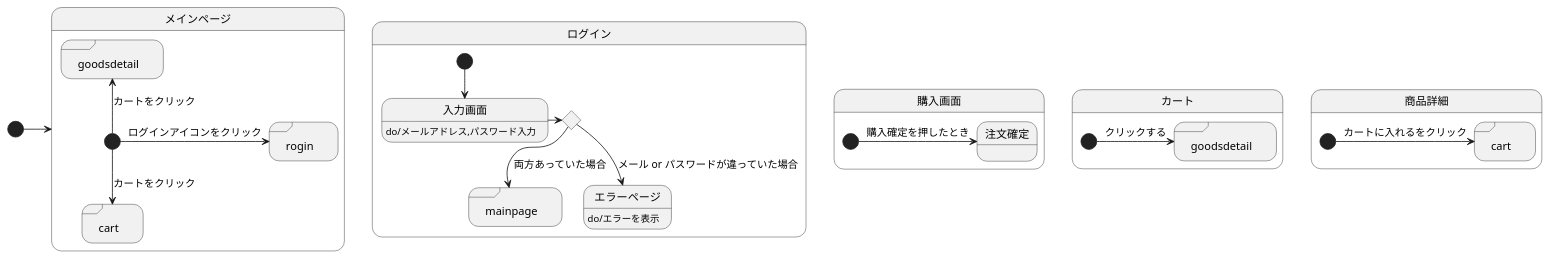
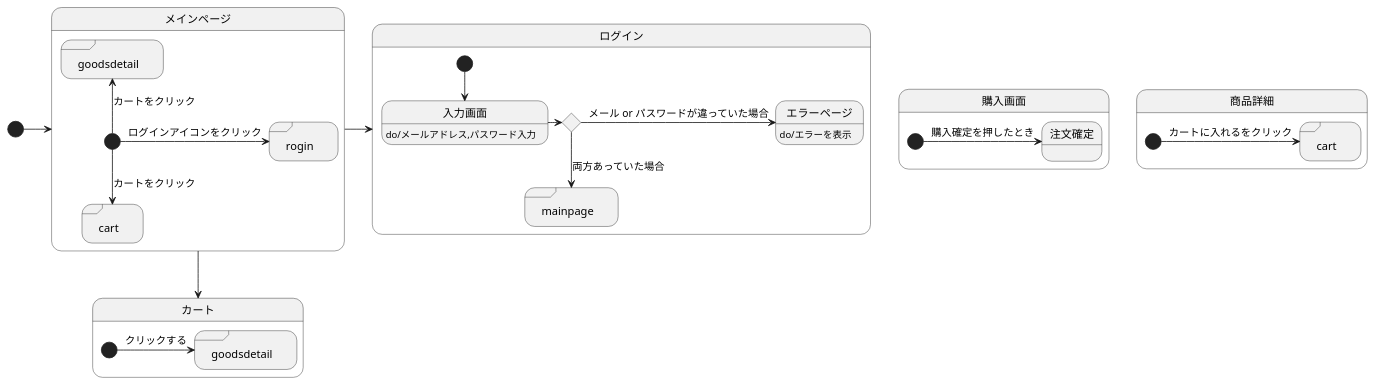
The diagram in UML.md (akutori/T-D-E), drawn with PlantUML before and after one commit.

Commit message:
位置の調整

````diff
--- a/UML.md
+++ b/UML.md
@@ -1,42 +1,48 @@
 ```uml
 @startuml
 [*]->メインページ
+メインページ->ログイン
+メインページ-->カート
+
+
 state メインページ{
 state "rogin" <<sdlreceive>>
 state "cart" <<sdlreceive>>
 state "goodsdetail" <<sdlreceive>>
     [*]-> rogin :ログインアイコンをクリック
     [*]--> cart :カートをクリック
     [*]-up-> goodsdetail :カートをクリック
 }
 
-
 state ログイン{
-
 state input <<choice>>
 state "mainpage"<<sdlreceive>>
 
 入力画面:do/メールアドレス,パスワード入力
 エラーページ:do/エラーを表示
     [*]--> 入力画面
     入力画面->input
-    input-->エラーページ:メール or パスワードが違っていた場合
+    input->エラーページ:メール or パスワードが違っていた場合
     input-->mainpage : 両方あっていた場合
 
 }
 
 state 購入画面{
     [*]->注文確定 :購入確定を押したとき
 }
 
+
 state カート{
 state "goodsdetail" as goodsincart <<sdlreceive>>
+
     [*]->goodsincart :クリックする
 }
+
 state 商品詳細{
 state "cart" as detailincart <<sdlreceive>>
+
     [*]->detailincart :カートに入れるをクリック
 }
 
 @enduml
 ```
````
